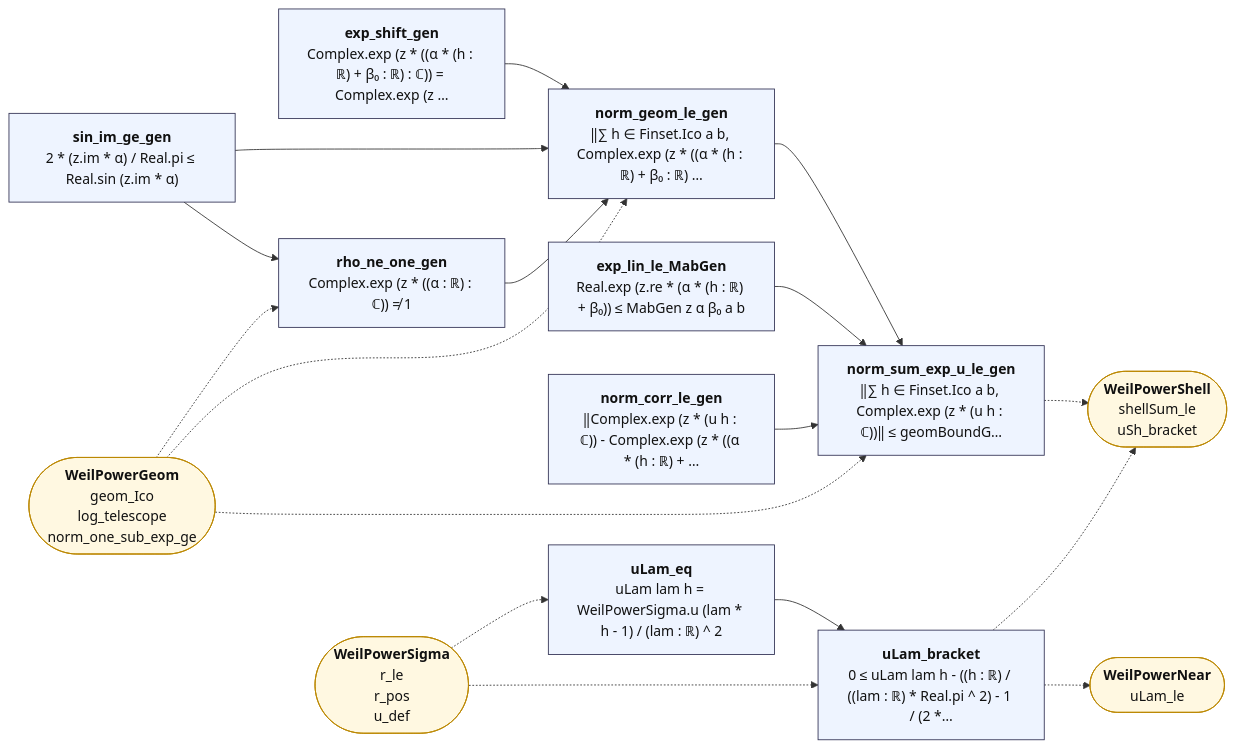
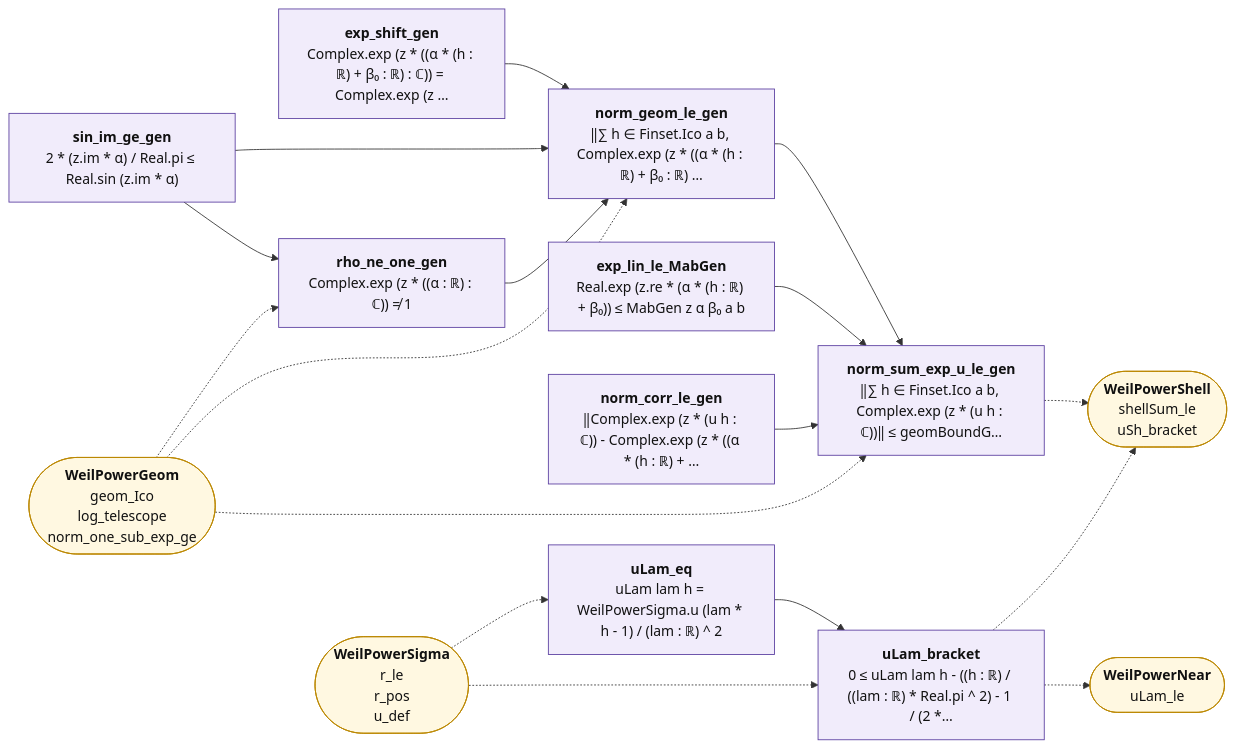
Before and after one commit to juliansambranojr/Primebeat_081426: the diagram in map/lean_stage3/WeilPowerGeomGen.md, drawn with Mermaid. The commit also changed other lines of this file and 398 other files, not shown here.

````diff
--- a/map/lean_stage3/WeilPowerGeomGen.md
+++ b/map/lean_stage3/WeilPowerGeomGen.md
@@ -12,37 +12,40 @@
 ```mermaid
 flowchart LR
-  n0["<b>exp_shift_gen</b><br/>Complex.exp (z * ((α * (h : ℝ) + β₀ : ℝ) : ℂ)) = Complex.exp (z …"]:::thm
-  n1["<b>sin_im_ge_gen</b><br/>2 * (z.im * α) / Real.pi ≤ Real.sin (z.im * α)"]:::thm
-  n2["<b>rho_ne_one_gen</b><br/>Complex.exp (z * ((α : ℝ) : ℂ)) ≠ 1"]:::thm
-  n3["<b>norm_geom_le_gen</b><br/>‖∑ h ∈ Finset.Ico a b, Complex.exp (z * ((α * (h : ℝ) + β₀ : ℝ) …"]:::thm
-  n4["<b>exp_lin_le_MabGen</b><br/>Real.exp (z.re * (α * (h : ℝ) + β₀)) ≤ MabGen z α β₀ a b"]:::thm
-  n5["<b>norm_corr_le_gen</b><br/>‖Complex.exp (z * (u h : ℂ)) - Complex.exp (z * ((α * (h : ℝ) + …"]:::thm
-  n6["<b>norm_sum_exp_u_le_gen</b><br/>‖∑ h ∈ Finset.Ico a b, Complex.exp (z * (u h : ℂ))‖ ≤ geomBoundG…"]:::thm
-  n7["<b>uLam_eq</b><br/>uLam lam h = WeilPowerSigma.u (lam * h - 1) / (lam : ℝ) ^ 2"]:::thm
-  n8["<b>uLam_bracket</b><br/>0 ≤ uLam lam h - ((h : ℝ) / ((lam : ℝ) * Real.pi ^ 2) - 1 / (2 *…"]:::thm
+  n0["<b>exp_shift_gen</b><br/>Complex.exp (z * ((α * (h : ℝ) + β₀ : ℝ) : ℂ)) = Complex.exp (z …"]:::shp
+  n1["<b>sin_im_ge_gen</b><br/>2 * (z.im * α) / Real.pi ≤ Real.sin (z.im * α)"]:::shp
+  n2["<b>rho_ne_one_gen</b><br/>Complex.exp (z * ((α : ℝ) : ℂ)) ≠ 1"]:::shp
+  n3["<b>norm_geom_le_gen</b><br/>‖∑ h ∈ Finset.Ico a b, Complex.exp (z * ((α * (h : ℝ) + β₀ : ℝ) …"]:::shp
+  n4["<b>exp_lin_le_MabGen</b><br/>Real.exp (z.re * (α * (h : ℝ) + β₀)) ≤ MabGen z α β₀ a b"]:::shp
+  n5["<b>norm_corr_le_gen</b><br/>‖Complex.exp (z * (u h : ℂ)) - Complex.exp (z * ((α * (h : ℝ) + …"]:::shp
+  n6["<b>norm_sum_exp_u_le_gen</b><br/>‖∑ h ∈ Finset.Ico a b, Complex.exp (z * (u h : ℂ))‖ ≤ geomBoundG…"]:::shp
+  n7["<b>uLam_eq</b><br/>uLam lam h = WeilPowerSigma.u (lam * h - 1) / (lam : ℝ) ^ 2"]:::shp
+  n8["<b>uLam_bracket</b><br/>0 ≤ uLam lam h - ((h : ℝ) / ((lam : ℝ) * Real.pi ^ 2) - 1 / (2 *…"]:::shp
   x0(["<b>WeilPowerGeom</b><br/>geom_Ico<br/>log_telescope<br/>norm_one_sub_exp_ge"]):::ext
   x1(["<b>WeilPowerShell</b><br/>shellSum_le<br/>uSh_bracket"]):::ext
   x2(["<b>WeilPowerSigma</b><br/>r_le<br/>r_pos<br/>u_def"]):::ext
   x3(["<b>WeilPowerNear</b><br/>uLam_le"]):::ext
   n0 --> n3
   n1 --> n2
   n1 --> n3
   n2 --> n3
   n3 --> n6
   n4 --> n6
   n5 --> n6
   n7 --> n8
   n6 -.-> x1
   n8 -.-> x1
   n8 -.-> x3
   x0 -.-> n2
   x0 -.-> n3
   x0 -.-> n6
   x2 -.-> n7
   x2 -.-> n8
+  classDef cnt fill:#dff5ec,stroke:#17694a,color:#111
+  classDef shp fill:#f1ecfb,stroke:#5b3fa0,color:#111
+  classDef rh fill:#ffe5e5,stroke:#c22,color:#111,stroke-width:2px
   classDef thm fill:#eef4ff,stroke:#335,color:#111
   classDef end_ fill:#e7f7e7,stroke:#2a7,color:#111,stroke-width:2px
   classDef lone fill:#fff,stroke:#999,color:#111,stroke-dasharray:4 3
   classDef bad fill:#ffe5e5,stroke:#c22,color:#111,stroke-width:2px
   classDef ext fill:#fff8e1,stroke:#b80,color:#111
 ```
````
